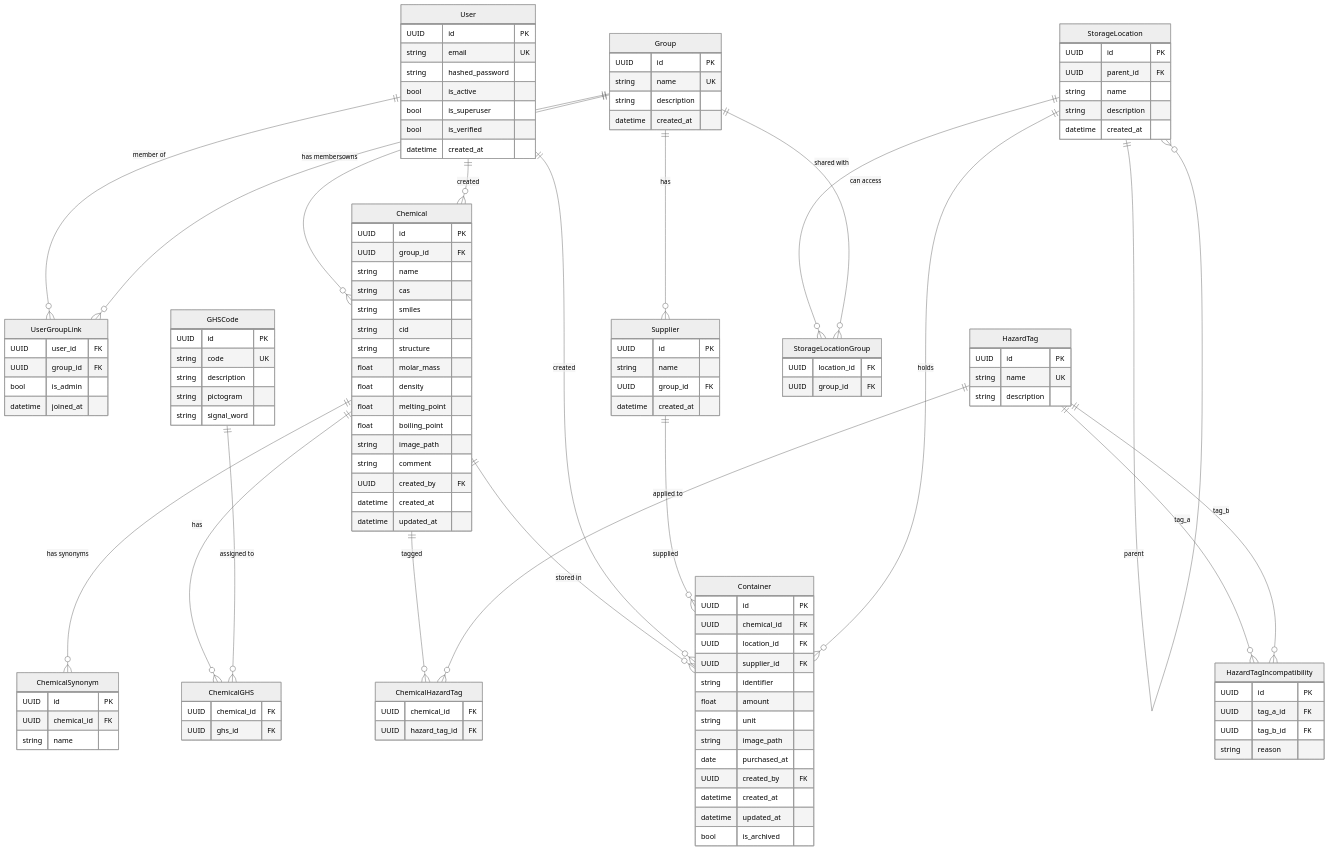
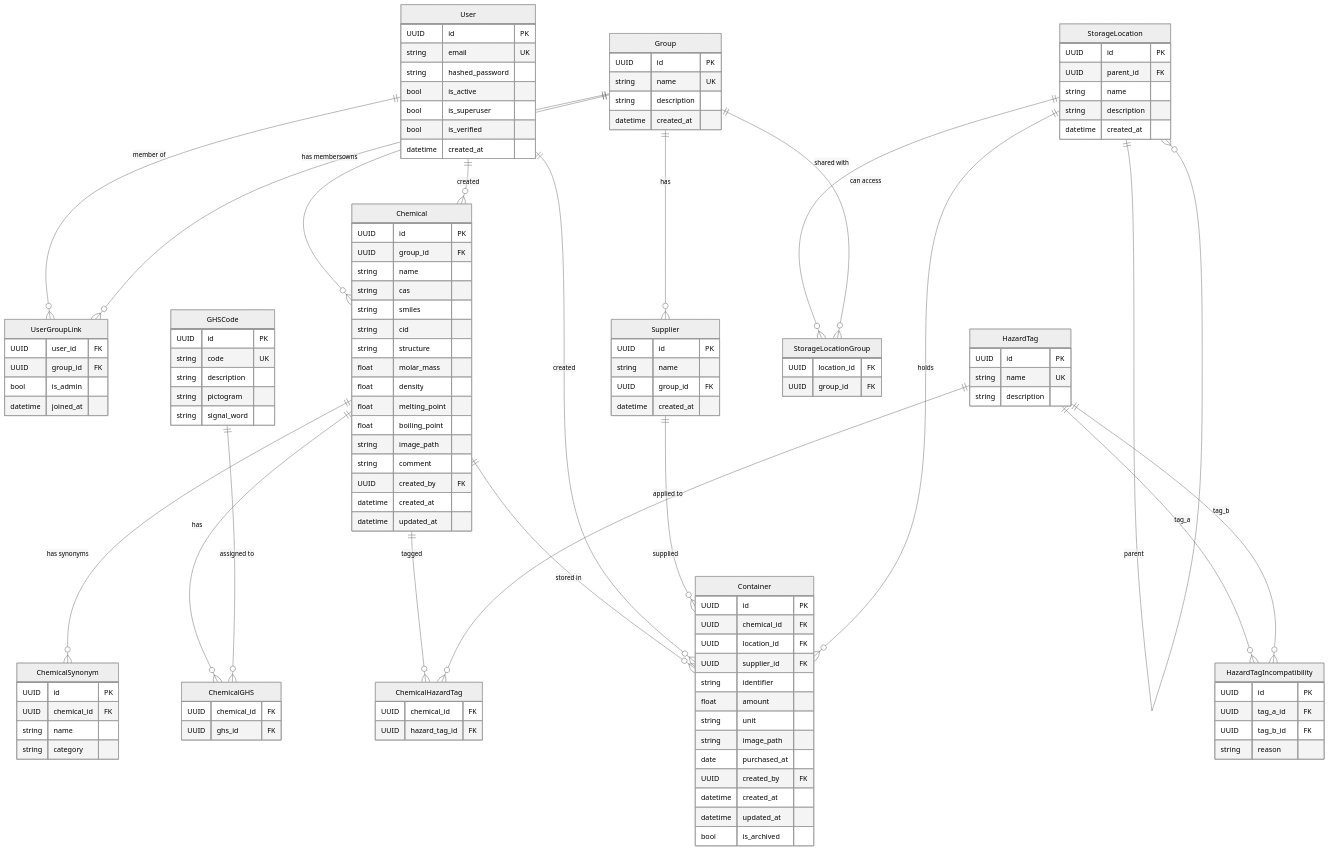
One commit to kirewx/chaima changed the diagram in docs/superpowers/specs/2026-04-10-database-design.md. Above: the diagram before and after it, drawn with Mermaid (neutral theme). The commit also changed other lines of this file and 1 other file, not shown here.

```diff
--- a/docs/superpowers/specs/2026-04-10-database-design.md
+++ b/docs/superpowers/specs/2026-04-10-database-design.md
@@ -213,6 +214,7 @@
         UUID id PK
         UUID chemical_id FK
         string name
+        string category
     }
 
     Chemical ||--o{ ChemicalSynonym : "has synonyms"
```
